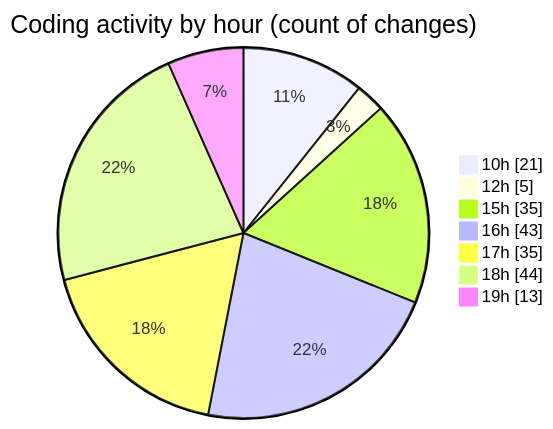
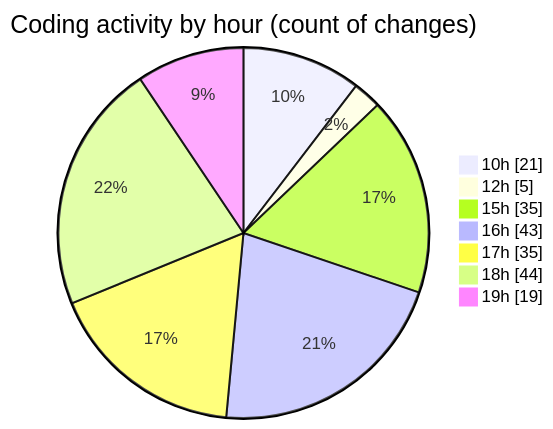
The second of 2 diagrams in 2025-08-27/cda/README.md (momahboobian/code-tracking), drawn with Mermaid before and after one commit. The commit also changed other lines of this file and 1 other file, not shown here.

````diff
--- a/2025-08-27/cda/README.md
+++ b/2025-08-27/cda/README.md
@@ -49,11 +49,11 @@
 ```mermaid
 pie showData
 title Coding activity by hour (count of changes)
 "10h" : 21
 "12h" : 5
 "15h" : 35
 "16h" : 43
 "17h" : 35
 "18h" : 44
-"19h" : 13
+"19h" : 19
 ```
````
